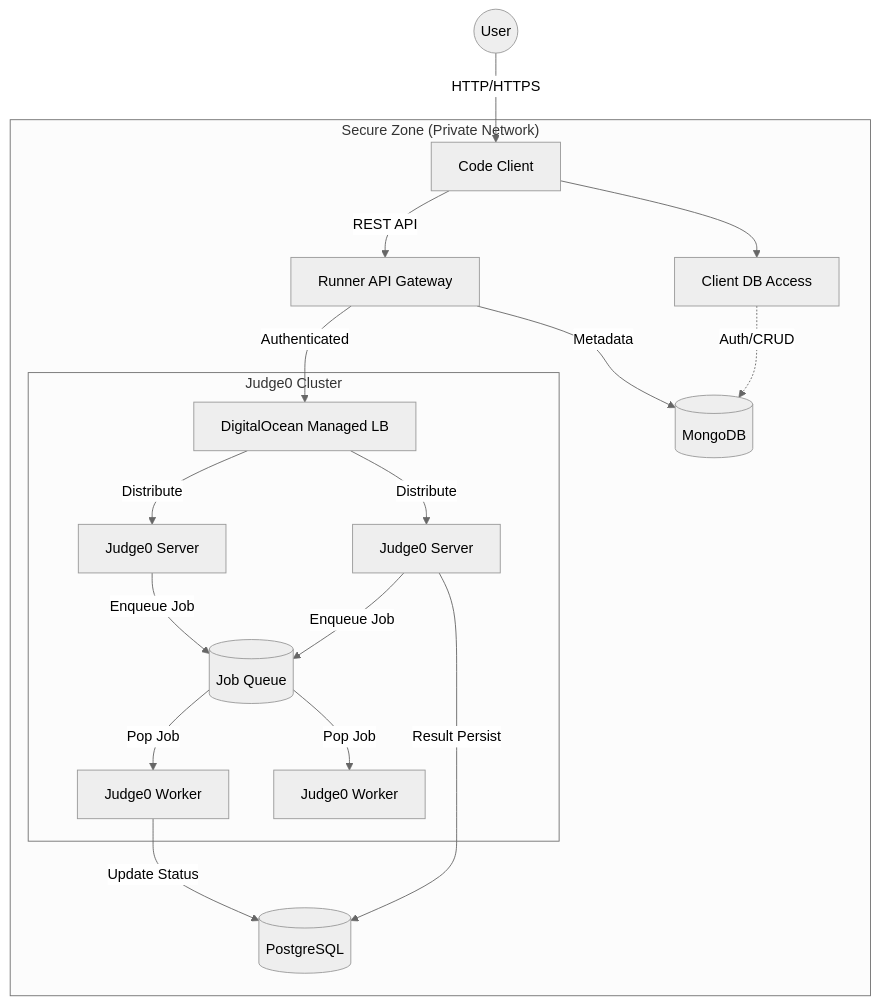
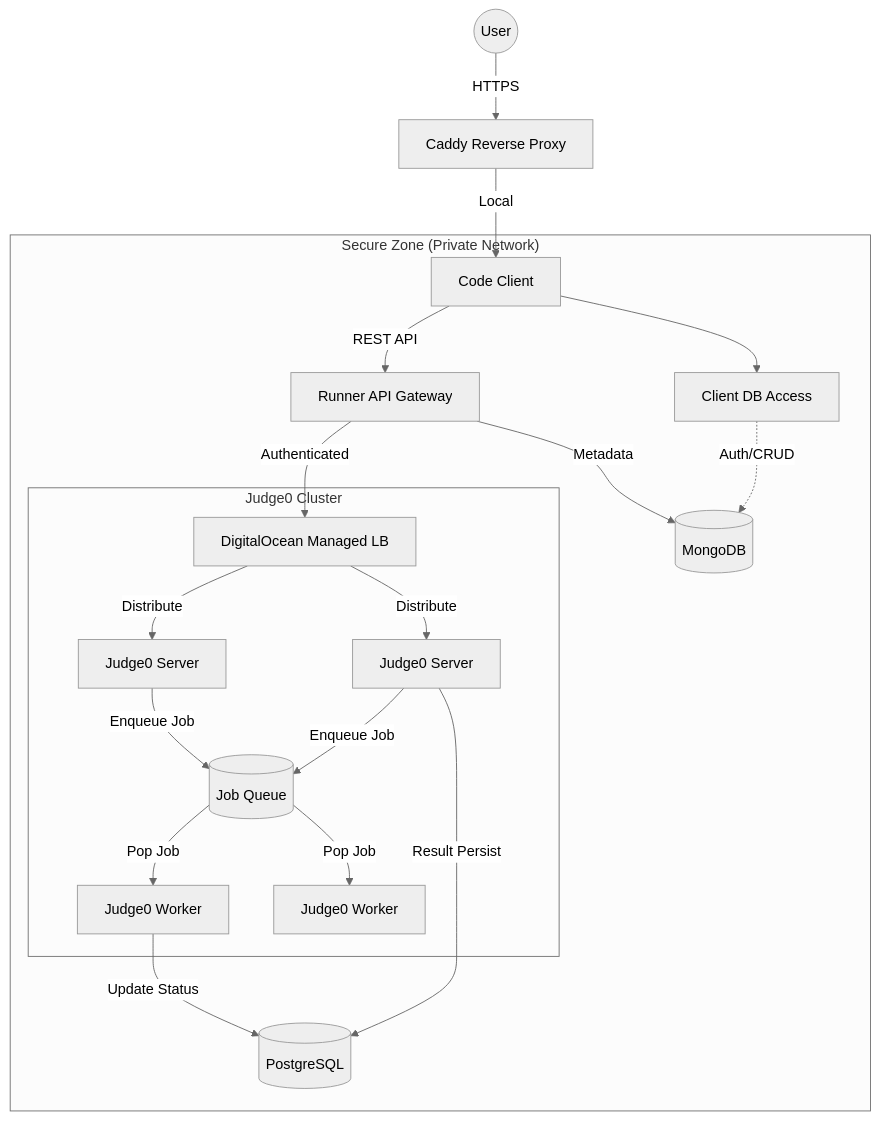
Before and after one commit to HamzaHassanain/distributed-code-runner-: the diagram in README.md, drawn with Mermaid (neutral theme). The commit also changed other lines of this file and 1 other file, not shown here.

Commit message:
docs: talked about caddy reverse proxy in deoplyment and docs

````diff
--- a/README.md
+++ b/README.md
@@ -9,26 +9,27 @@
 ```mermaid
 graph TD
-    User((User)) -->|HTTP/HTTPS| Client[Code Client]
+    User((User)) -->|HTTPS| Caddy[Caddy Reverse Proxy]
+    Caddy -->|Local| Client[Code Client]
     Client -->|REST API| Gateway[Runner API Gateway]
     
     subgraph "Secure Zone (Private Network)"
         Gateway -->|Authenticated| LB[DigitalOcean Managed LB]
         client_db_conn[Client DB Access] -.->|Auth/CRUD| Mongo[(MongoDB)]
         Client --> client_db_conn
         
         subgraph "Judge0 Cluster"
             LB -->|Distribute| Server1[Judge0 Server]
             LB -->|Distribute| Server2[Judge0 Server]
             
             Server1 -->|Enqueue Job| Redis[(Job Queue)]
             Server2 -->|Enqueue Job| Redis
             
             Redis -->|Pop Job| Worker1[Judge0 Worker]
             Redis -->|Pop Job| Worker2[Judge0 Worker]
         end
         
         Gateway -->|Metadata| Mongo
         Server1 -->|Result Persist| PG[(PostgreSQL)]
         Worker1 -->|Update Status| PG
     end
 ```
````
